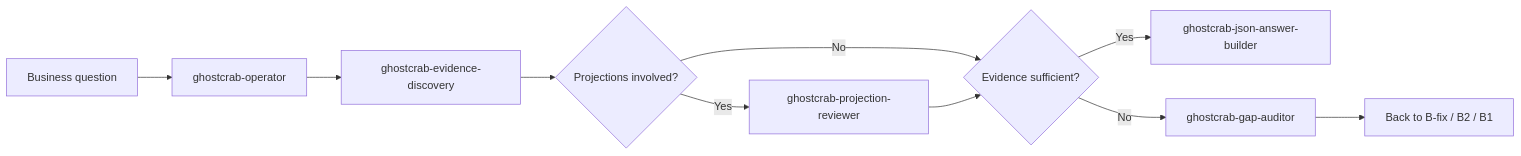
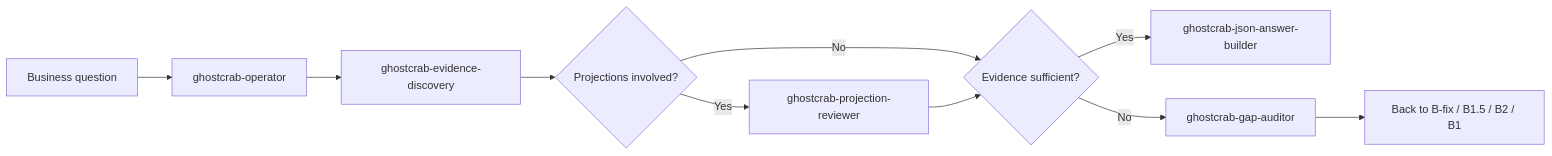
One commit to mindflight-orchestrator/starter-kit-ghostcrab-perso changed the diagram in starterkit/personal-mcp/SKILL_ROUTE_MAP.md. Above: the diagram before and after it, drawn with Mermaid. The commit also changed other lines of this file and 16 other files, not shown here.

First line of the commit message:
Add business rules catalog phase and GhostCrab schema activation gate.

````diff
--- a/starterkit/personal-mcp/SKILL_ROUTE_MAP.md
+++ b/starterkit/personal-mcp/SKILL_ROUTE_MAP.md
@@ -77,12 +78,12 @@
 ```mermaid
 flowchart LR
   Q[Business question] --> OP[ghostcrab-operator]
   OP --> ED[ghostcrab-evidence-discovery]
   ED --> PR{Projections involved?}
   PR -->|Yes| REV[ghostcrab-projection-reviewer]
   PR -->|No| ANS
   REV --> ANS{Evidence sufficient?}
   ANS -->|Yes| JSON[ghostcrab-json-answer-builder]
   ANS -->|No| GAP[ghostcrab-gap-auditor]
-  GAP --> FIX[Back to B-fix / B2 / B1]
+  GAP --> FIX[Back to B-fix / B1.5 / B2 / B1]
 ```
````
